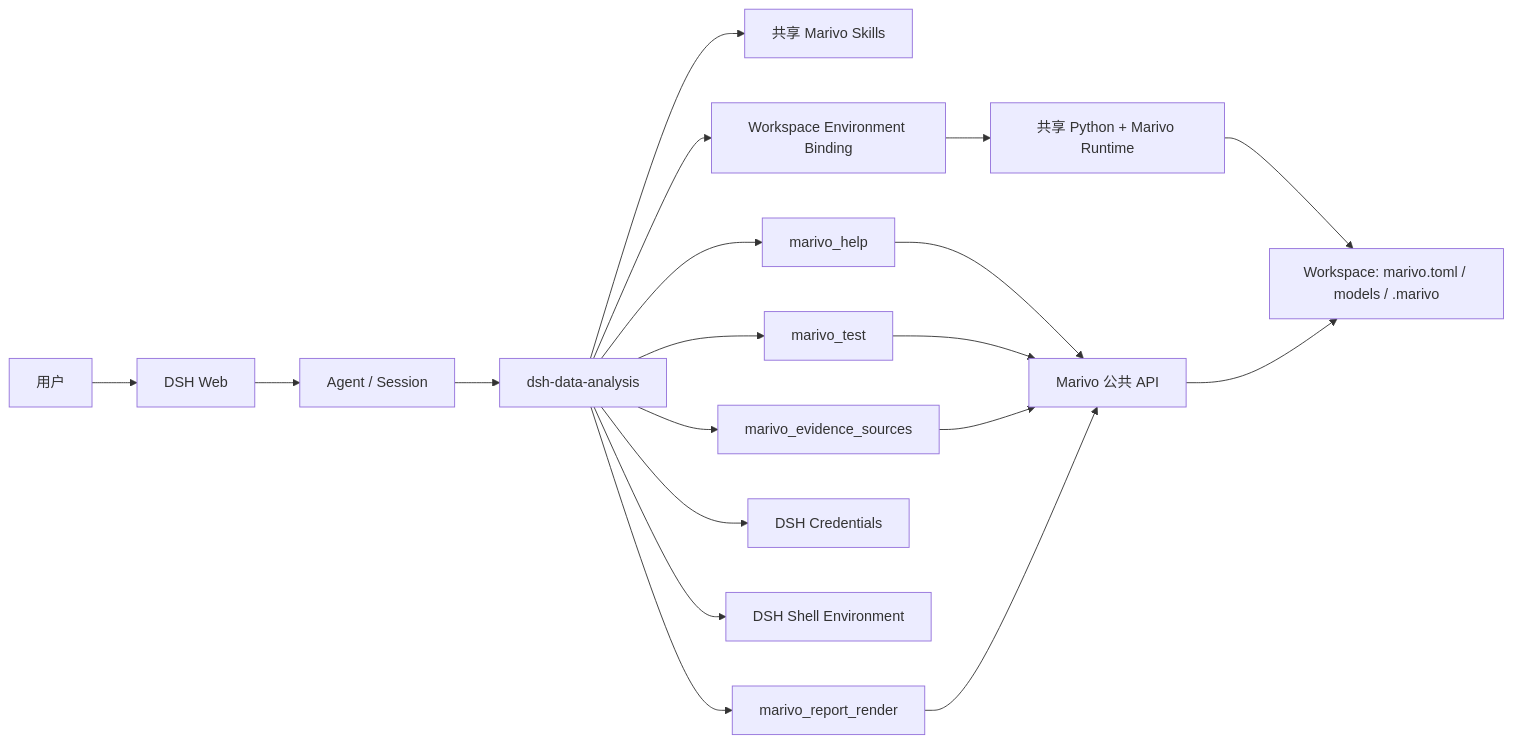
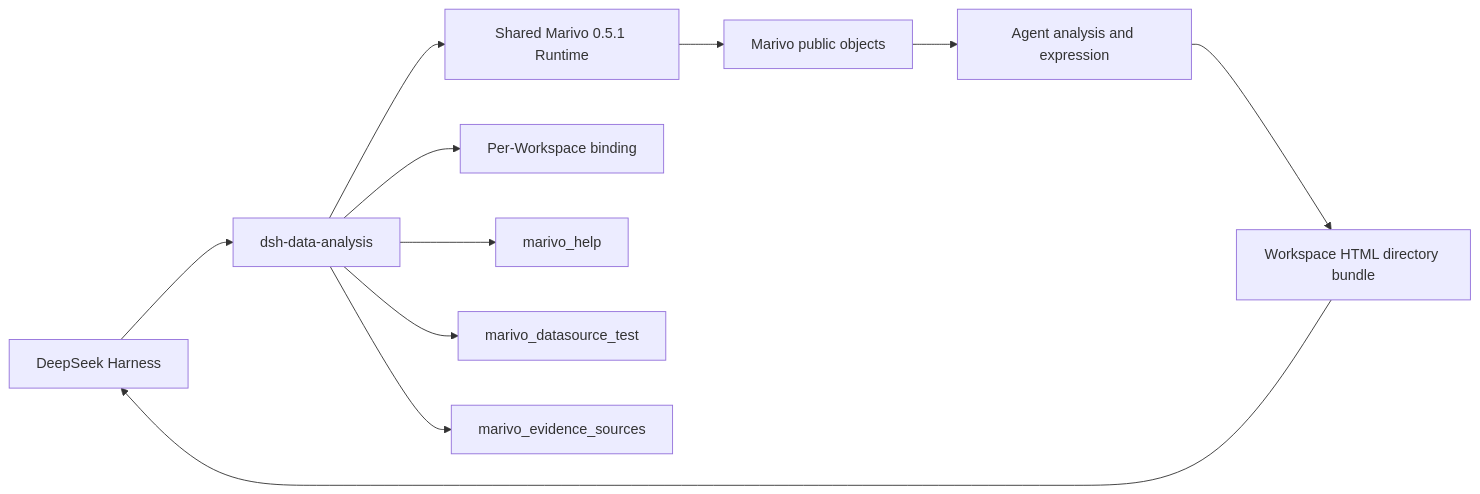
The diagram in docs/architecture.md (chengxianglibra/dsh-data-analysis), drawn with Mermaid before and after one commit. The commit also changed other lines of this file and 57 other files, not shown here.

First line of the commit message:
feat: adopt agent-native report bundles

````diff
--- a/docs/architecture.md
+++ b/docs/architecture.md
@@ -31,21 +9,13 @@
 ```mermaid
 flowchart LR
-  User[用户] --> Web[DSH Web]
-  Web --> Agent[Agent / Session]
-  Agent --> Plugin[dsh-data-analysis]
-  Plugin --> Skills[共享 Marivo Skills]
-  Plugin --> Help[marivo_help]
-  Plugin --> Test[marivo_test]
-  Plugin --> Sources[marivo_evidence_sources]
-  Plugin --> Report[marivo_report_render]
-  Plugin --> Creds[DSH Credentials]
-  Plugin --> ShellEnv[DSH Shell Environment]
-  Plugin --> Env[Workspace Environment Binding]
-  Env --> Runtime[共享 Python + Marivo Runtime]
-  Runtime --> Project[Workspace: marivo.toml / models / .marivo]
-  Help --> Marivo[Marivo 公共 API]
-  Test --> Marivo
-  Sources --> Marivo
-  Report --> Marivo
-  Marivo --> Project
+  D[DeepSeek Harness] --> P[dsh-data-analysis]
+  P --> R[Shared Marivo 0.5.1 Runtime]
+  P --> W[Per-Workspace binding]
+  P --> H[marivo_help]
+  P --> T[marivo_datasource_test]
+  P --> E[marivo_evidence_sources]
+  R --> M[Marivo public objects]
+  M --> A[Agent analysis and expression]
+  A --> F[Workspace HTML directory bundle]
+  F --> D
 ```
````
